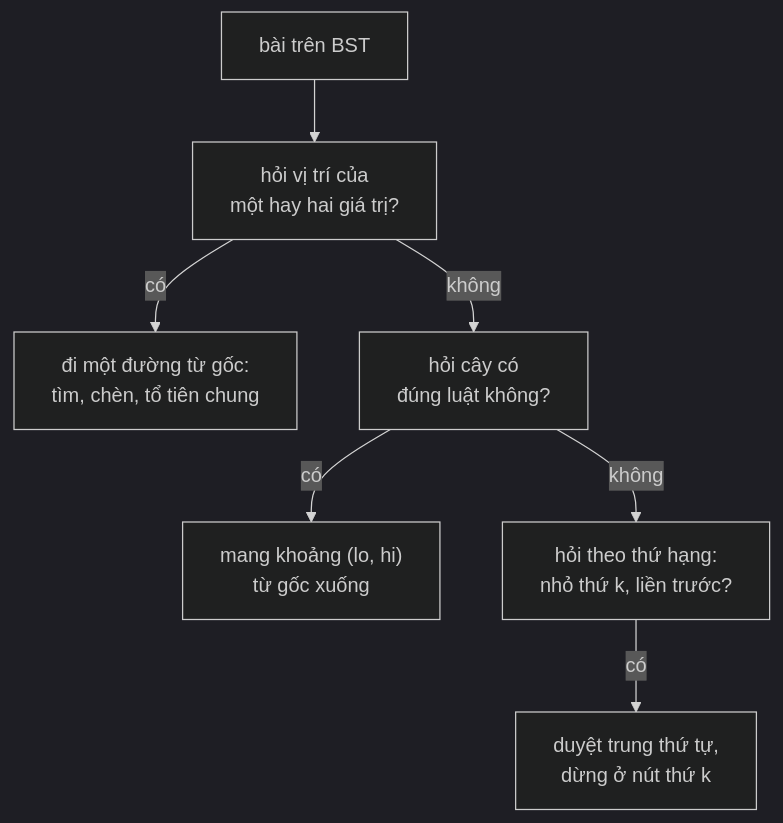
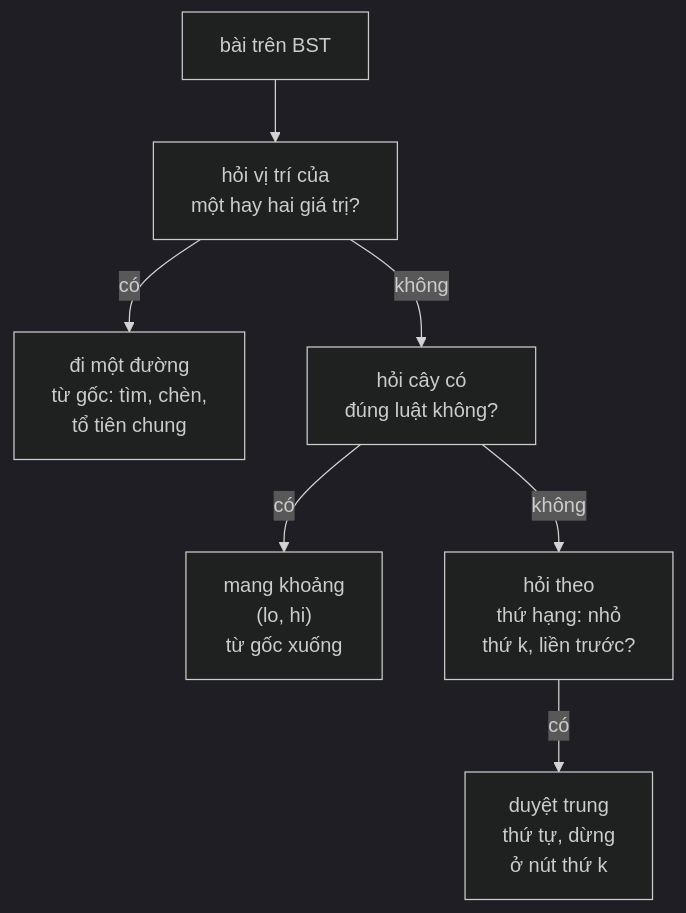
The diagram in content/posts/2026-11-25-neetcode-binary-search-tree.md (duongbui234/software-engineering-atlas), drawn with Mermaid (dark theme) before and after one commit. The commit also changed 134 other files, not shown here.

First line of the commit message:
Fit every Mermaid diagram at 390px without sideways scroll (#56)

````diff
--- a/content/posts/2026-11-25-neetcode-binary-search-tree.md
+++ b/content/posts/2026-11-25-neetcode-binary-search-tree.md
@@ -54,9 +54,9 @@
 ```mermaid
 flowchart TB
   A["bài trên BST"] --> B["hỏi vị trí của<br/>một hay hai giá trị?"]
-  B -->|"có"| C["đi một đường từ gốc:<br/>tìm, chèn, tổ tiên chung"]
+  B -->|"có"| C["đi một đường<br/>từ gốc: tìm, chèn,<br/>tổ tiên chung"]
   B -->|"không"| D["hỏi cây có<br/>đúng luật không?"]
-  D -->|"có"| E["mang khoảng (lo, hi)<br/>từ gốc xuống"]
-  D -->|"không"| F["hỏi theo thứ hạng:<br/>nhỏ thứ k, liền trước?"]
-  F -->|"có"| G["duyệt trung thứ tự,<br/>dừng ở nút thứ k"]
+  D -->|"có"| E["mang khoảng<br/>(lo, hi)<br/>từ gốc xuống"]
+  D -->|"không"| F["hỏi theo<br/>thứ hạng: nhỏ<br/>thứ k, liền trước?"]
+  F -->|"có"| G["duyệt trung<br/>thứ tự, dừng<br/>ở nút thứ k"]
 ```
````
